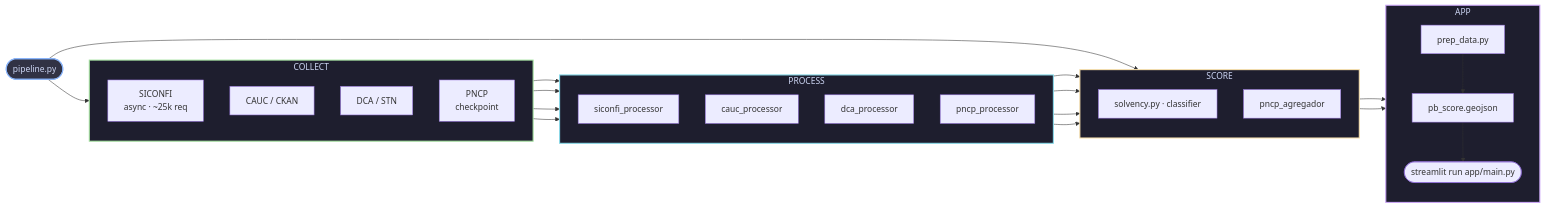
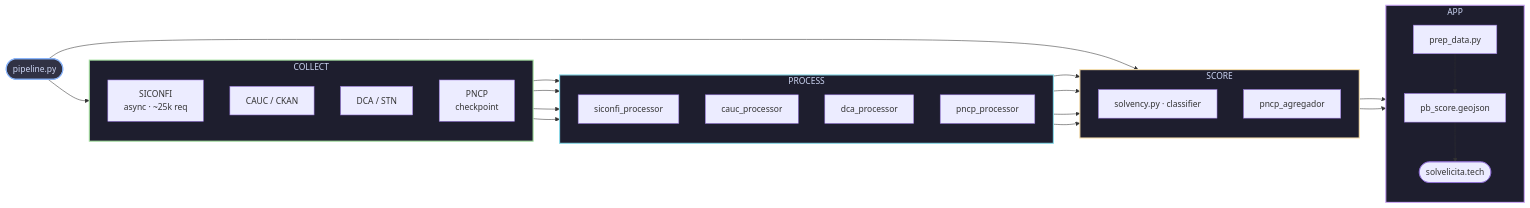
One commit to Fel-tby/solvelicita changed the diagram in README.md. Above: the diagram before and after it, drawn with Mermaid. The commit also changed other lines of this file, not shown here.

````diff
--- a/README.md
+++ b/README.md
@@ -74,52 +74,52 @@
 ```mermaid
 flowchart LR
     PL(["pipeline.py"])
 
     PL --> COLLECT & SCORE
 
     subgraph COLLECT["COLLECT"]
         direction TB
         A1["SICONFI\nasync · ~25k req"]
         A2["CAUC / CKAN"]
         A3["DCA / STN"]
         A4["PNCP\ncheckpoint"]
     end
 
     subgraph PROCESS["PROCESS"]
         direction TB
         B1["siconfi_processor"]
         B2["cauc_processor"]
         B3["dca_processor"]
         B4["pncp_processor"]
     end
 
     subgraph SCORE["SCORE"]
         direction TB
         C1["solvency.py · classifier"]
         C2["pncp_agregador"]
     end
 
     subgraph APP["APP"]
         direction TB
         D1["prep_data.py"]
         D2["pb_score.geojson"]
-        D3(["streamlit run app/main.py"])
+        D3(["solvelicita.tech"])
     end
 
     A1 --> B1
     A2 --> B2
     A3 --> B3
     A4 --> B4
 
     B1 & B2 & B3 --> C1
     B4 --> C2
 
     C1 & C2 --> D1
     D1 --> D2 --> D3
 
     style PL      fill:#313244,color:#cdd6f4,stroke:#89b4fa,stroke-width:2px
     style COLLECT fill:#1e1e2e,color:#cdd6f4,stroke:#a6e3a1,stroke-width:2px
     style PROCESS fill:#1e1e2e,color:#cdd6f4,stroke:#89dceb,stroke-width:2px
     style SCORE   fill:#1e1e2e,color:#cdd6f4,stroke:#f9e2af,stroke-width:2px
     style APP     fill:#1e1e2e,color:#cdd6f4,stroke:#cba6f7,stroke-width:2px
 ```
````
